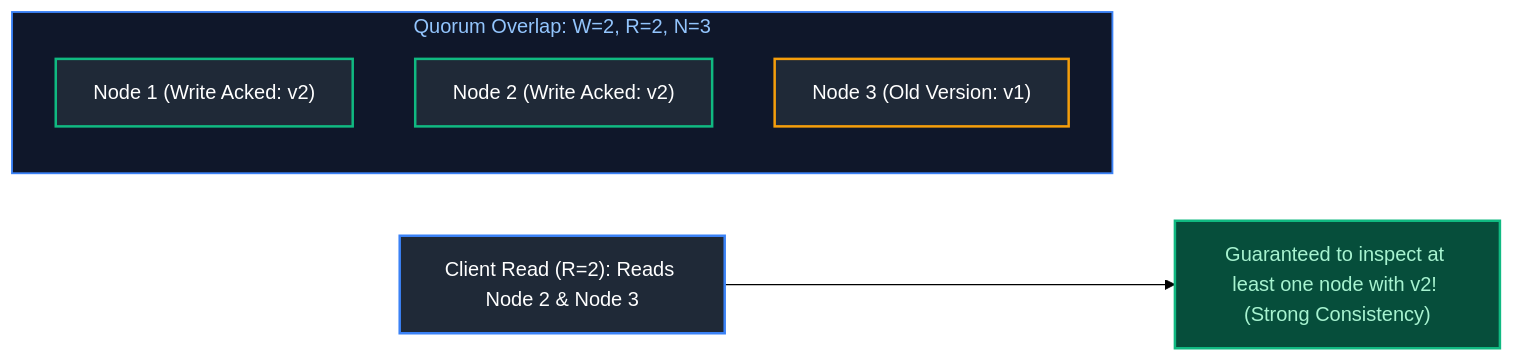
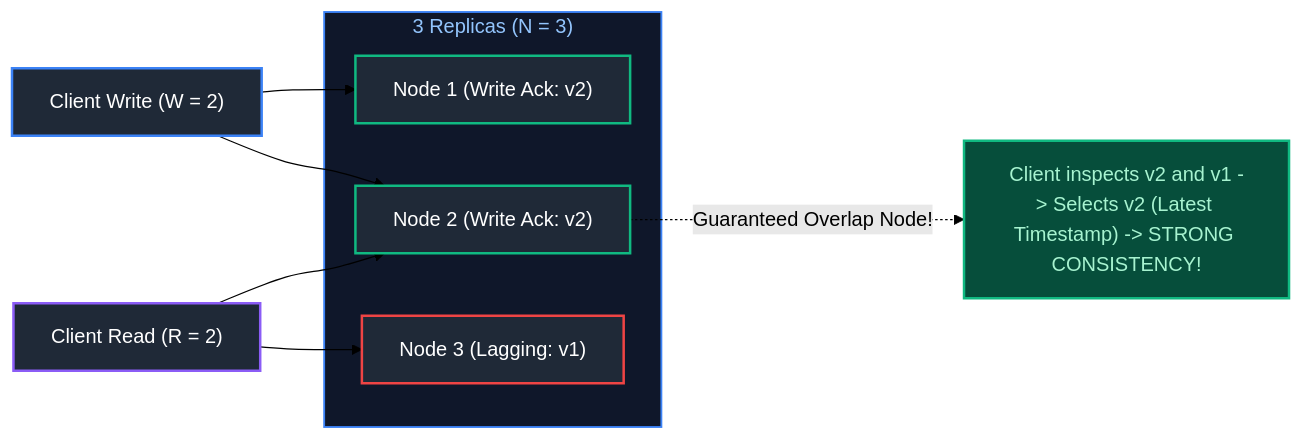
One commit to joydeep-biswas/Interview-Preparation changed diagram 11 of 19 in Data Engineering/05_distributed_systems_and_apis.md. Above: the diagram before and after it, drawn with Mermaid (forest theme). The commit also changed other lines of this file and 143 other files, not shown here.

````diff
--- a/Data Engineering/05_distributed_systems_and_apis.md
+++ b/Data Engineering/05_distributed_systems_and_apis.md
@@ -765,18 +748,21 @@
 ```mermaid
 flowchart LR
-    subgraph QuorumMath ["Quorum Overlap: W=2, R=2, N=3"]
-        Node1["Node 1 (Write Acked: v2)"]
-        Node2["Node 2 (Write Acked: v2)"]
-        Node3["Node 3 (Old Version: v1)"]
+    subgraph ClusterReplicas ["3 Replicas (N = 3)"]
+        Node1["Node 1 (Write Ack: v2)"]
+        Node2["Node 2 (Write Ack: v2)"]
+        Node3["Node 3 (Lagging: v1)"]
     end
 
-    ClientRead["Client Read (R=2): Reads Node 2 & Node 3"] --> Overlap["Guaranteed to inspect at least one node with v2! (Strong Consistency)"]
+    ClientWrite["Client Write (W = 2)"] --> Node1 & Node2
+    ClientRead["Client Read (R = 2)"] --> Node2 & Node3
+    
+    Node2 -.->|"Guaranteed Overlap Node!"| OverlapResult["Client inspects v2 and v1 -> Selects v2 (Latest Timestamp) -> STRONG CONSISTENCY!"]
 
-    style QuorumMath fill:#0f172a,stroke:#3b82f6,stroke-width:1.5px,color:#93c5fd
-
+    style ClusterReplicas fill:#0f172a,stroke:#3b82f6,stroke-width:1.5px,color:#93c5fd
     style Node1 fill:#1f2937,stroke:#10b981,stroke-width:2px,color:#fff
     style Node2 fill:#1f2937,stroke:#10b981,stroke-width:2px,color:#fff
-    style Node3 fill:#1f2937,stroke:#f59e0b,stroke-width:2px,color:#fff
-    style ClientRead fill:#1f2937,stroke:#3b82f6,stroke-width:2px,color:#fff
-    style Overlap fill:#064e3b,stroke:#10b981,stroke-width:2px,color:#a7f3d0
+    style Node3 fill:#1f2937,stroke:#ef4444,stroke-width:2px,color:#fff
+    style ClientWrite fill:#1f2937,stroke:#3b82f6,stroke-width:2px,color:#fff
+    style ClientRead fill:#1f2937,stroke:#8b5cf6,stroke-width:2px,color:#fff
+    style OverlapResult fill:#064e3b,stroke:#10b981,stroke-width:2px,color:#a7f3d0
 ```
````
